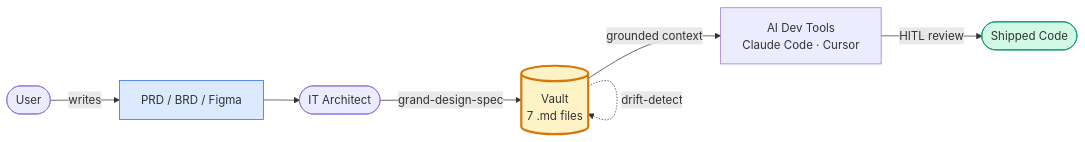
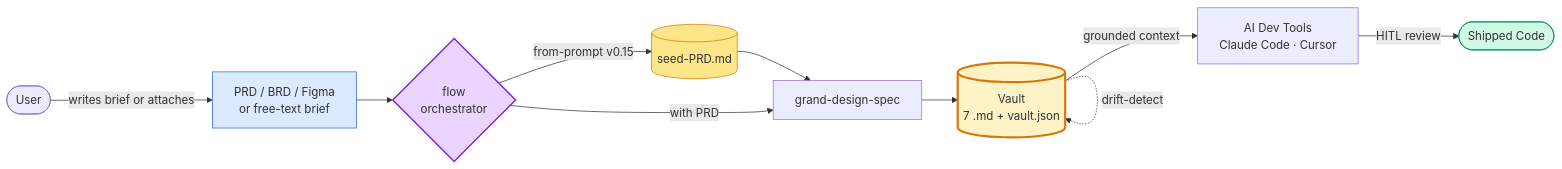
The diagram in README.md (FarhanRiuzaki/Mega-SDD), drawn with Mermaid before and after one commit. The commit also changed other lines of this file, not shown here.

````diff
--- a/README.md
+++ b/README.md
@@ -19,16 +19,21 @@
 ```mermaid
 flowchart LR
-    User([User]) -->|writes| PRD[PRD / BRD / Figma]
-    PRD --> Arch([IT Architect])
-    Arch -->|grand-design-spec| Vault[(Vault<br/>7 .md files)]
+    User([User]) -->|writes brief or attaches| Input[PRD / BRD / Figma<br/>or free-text brief]
+    Input --> Flow{flow<br/>orchestrator}
+    Flow -->|from-prompt v0.15| Seed[(seed-PRD.md)]
+    Seed --> GDS[grand-design-spec]
+    Flow -->|with PRD| GDS
+    GDS --> Vault[(Vault<br/>7 .md + vault.json)]
     Vault -->|grounded context| AI[AI Dev Tools<br/>Claude Code · Cursor]
     AI -->|HITL review| Code([Shipped Code])
 
     Vault -.->|resolve-oq| Vault
     Vault -.->|vault-diff| Vault
     Vault -.->|drift-detect| Vault
 
     style Vault fill:#fef3c7,stroke:#d97706,stroke-width:3px
-    style PRD fill:#dbeafe,stroke:#2563eb
+    style Seed fill:#fde68a,stroke:#d97706
+    style Input fill:#dbeafe,stroke:#2563eb
+    style Flow fill:#e9d5ff,stroke:#7e22ce,stroke-width:2px
     style Code fill:#d1fae5,stroke:#059669
 ```
````
